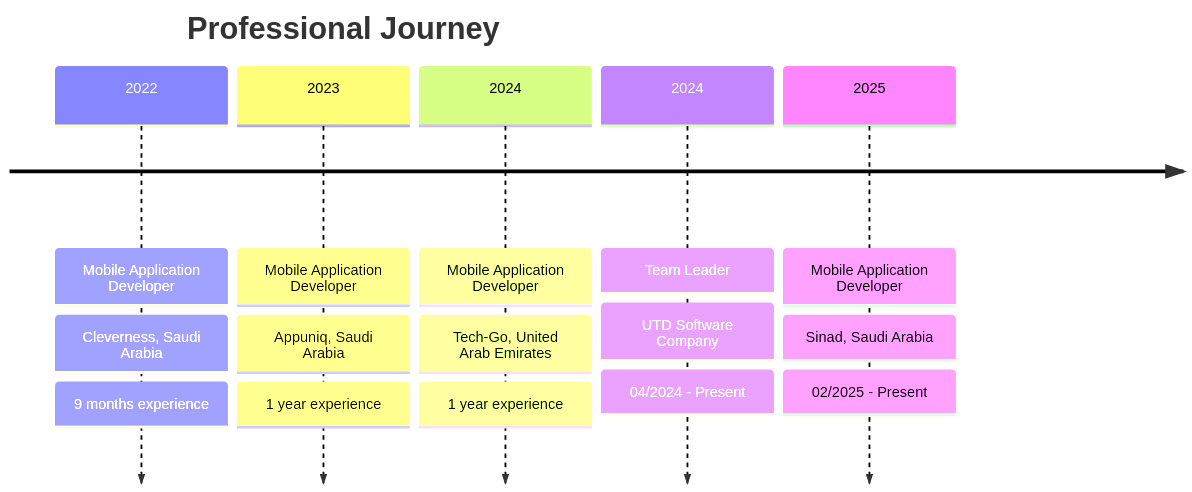
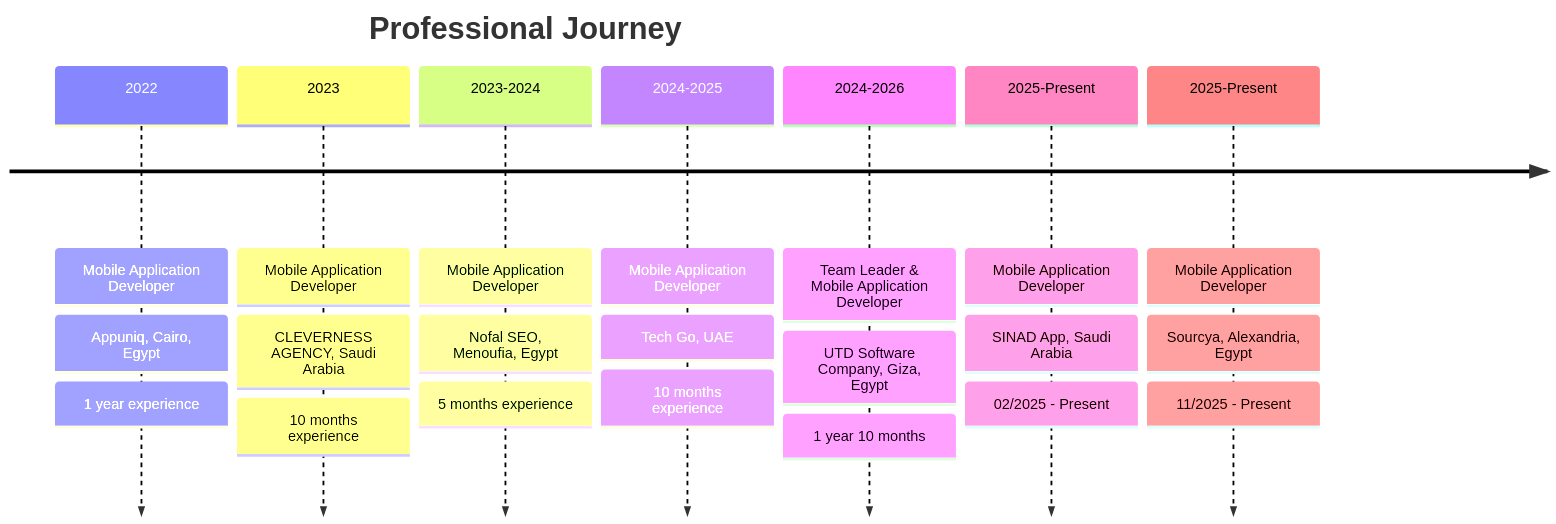
The second of 4 diagrams in README.md (MohammedHosny2002/MohammedHosny2002), drawn with Mermaid before and after one commit. The commit also changed other lines of this file, not shown here.

````diff
--- a/README.md
+++ b/README.md
@@ -151,25 +141,32 @@
 ```mermaid
 timeline
     title Professional Journey
-    
 
     2022 : Mobile Application Developer
-         : Cleverness, Saudi Arabia
-         : 9 months experience
-    
-    2023 : Mobile Application Developer
-         : Appuniq, Saudi Arabia
+         : Appuniq, Cairo, Egypt
          : 1 year experience
 
-    2024 : Mobile Application Developer
-         : Tech-Go, United Arab Emirates
-         : 1 year experience
-    
-    2024 : Team Leader
-         : UTD Software Company
-         : 04/2024 - Present
+    2023 : Mobile Application Developer
+         : CLEVERNESS AGENCY, Saudi Arabia
+         : 10 months experience
 
-    2025 : Mobile Application Developer
-         : Sinad, Saudi Arabia
+    2023-2024 : Mobile Application Developer
+         : Nofal SEO, Menoufia, Egypt
+         : 5 months experience
+
+    2024-2025 : Mobile Application Developer
+         : Tech Go, UAE
+         : 10 months experience
+
+    2024-2026 : Team Leader & Mobile Application Developer
+         : UTD Software Company, Giza, Egypt
+         : 1 year 10 months
+
+    2025-Present : Mobile Application Developer
+         : SINAD App, Saudi Arabia
          : 02/2025 - Present
+
+    2025-Present : Mobile Application Developer
+         : Sourcya, Alexandria, Egypt
+         : 11/2025 - Present
 ```
````
